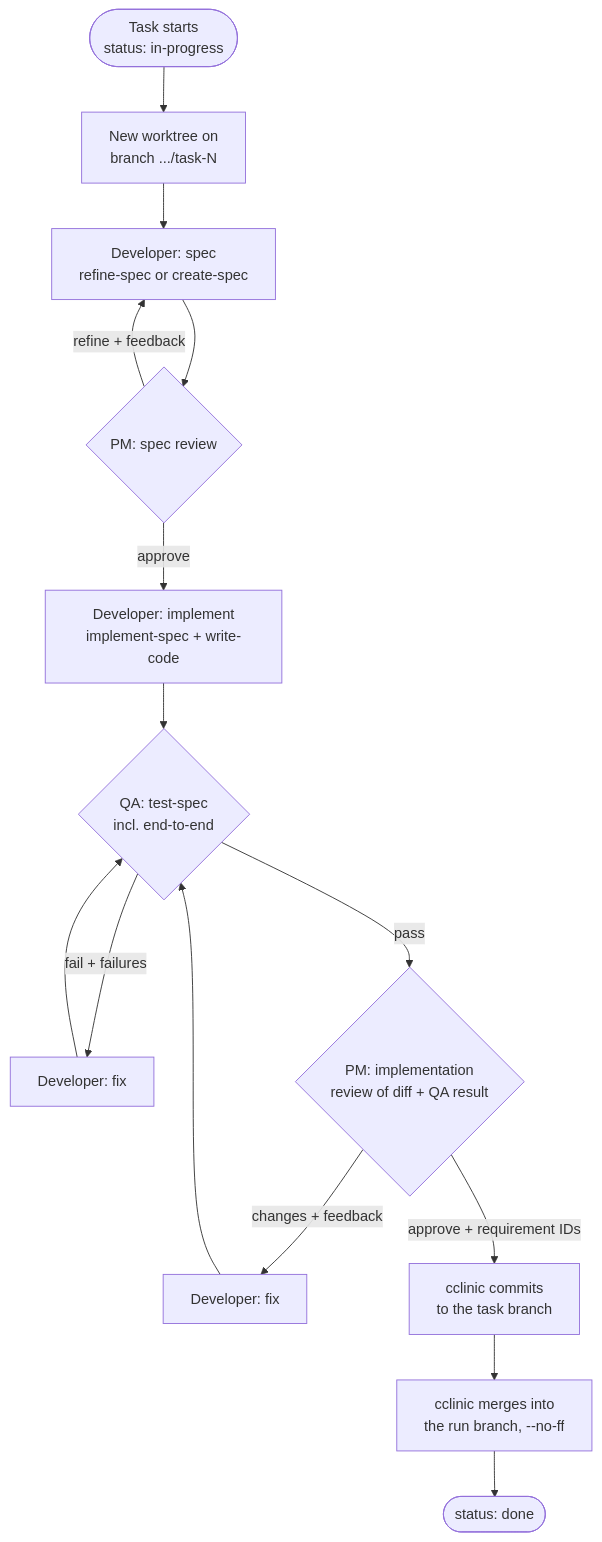
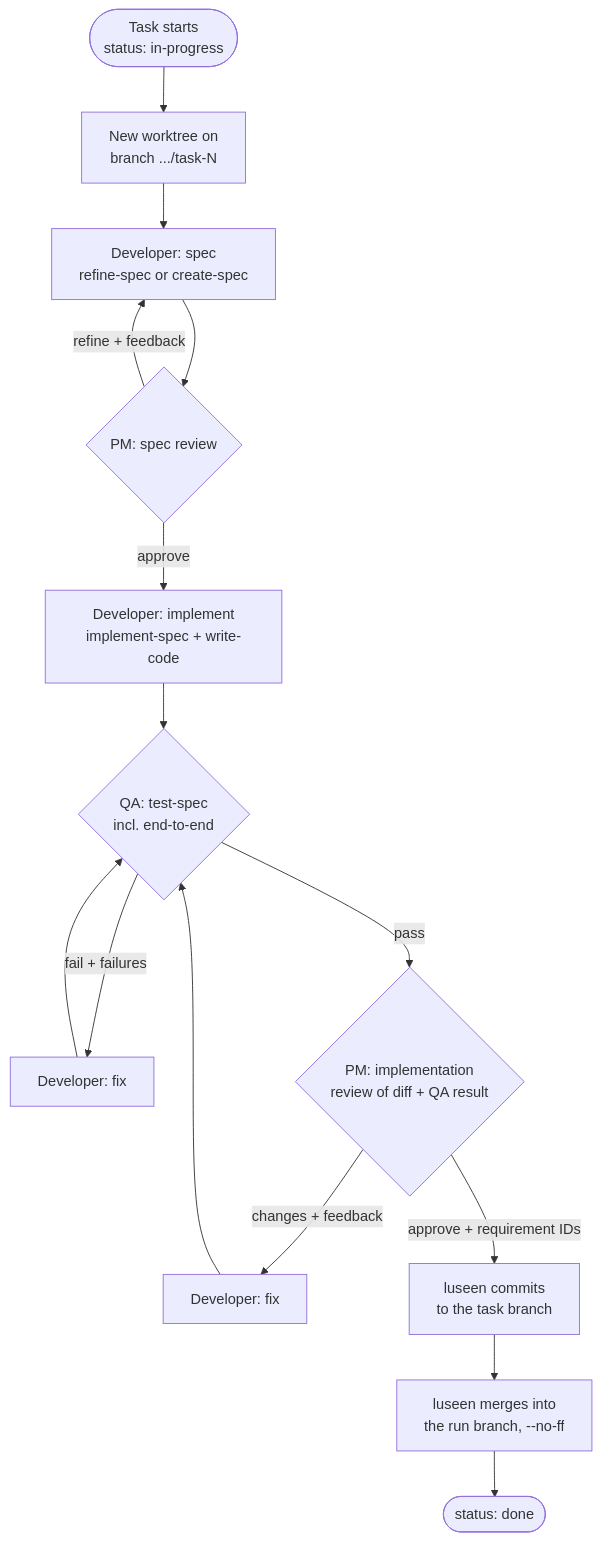
The fourth of 10 diagrams in AUTO_FLOW.md (Hayko97/cclinic), drawn with Mermaid before and after one commit. The commit also changed other lines of this file and 311 other files, not shown here.

````diff
--- a/AUTO_FLOW.md
+++ b/AUTO_FLOW.md
@@ -125,17 +125,17 @@
 ```mermaid
 flowchart TD
     St([Task starts<br/>status: in-progress]) --> WT[New worktree on<br/>branch .../task-N]
     WT --> D1[Developer: spec<br/>refine-spec or create-spec]
     D1 --> PM1{PM: spec review}
     PM1 -- refine + feedback --> D1
     PM1 -- approve --> D2[Developer: implement<br/>implement-spec + write-code]
     D2 --> QA{QA: test-spec<br/>incl. end-to-end}
     QA -- fail + failures --> D3[Developer: fix]
     D3 --> QA
     QA -- pass --> PM2{PM: implementation<br/>review of diff + QA result}
     PM2 -- changes + feedback --> D4[Developer: fix]
     D4 --> QA
-    PM2 -- approve + requirement IDs --> C[cclinic commits<br/>to the task branch]
-    C --> M[cclinic merges into<br/>the run branch, --no-ff]
+    PM2 -- approve + requirement IDs --> C[luseen commits<br/>to the task branch]
+    C --> M[luseen merges into<br/>the run branch, --no-ff]
     M --> Dn([status: done])
 ```
````
